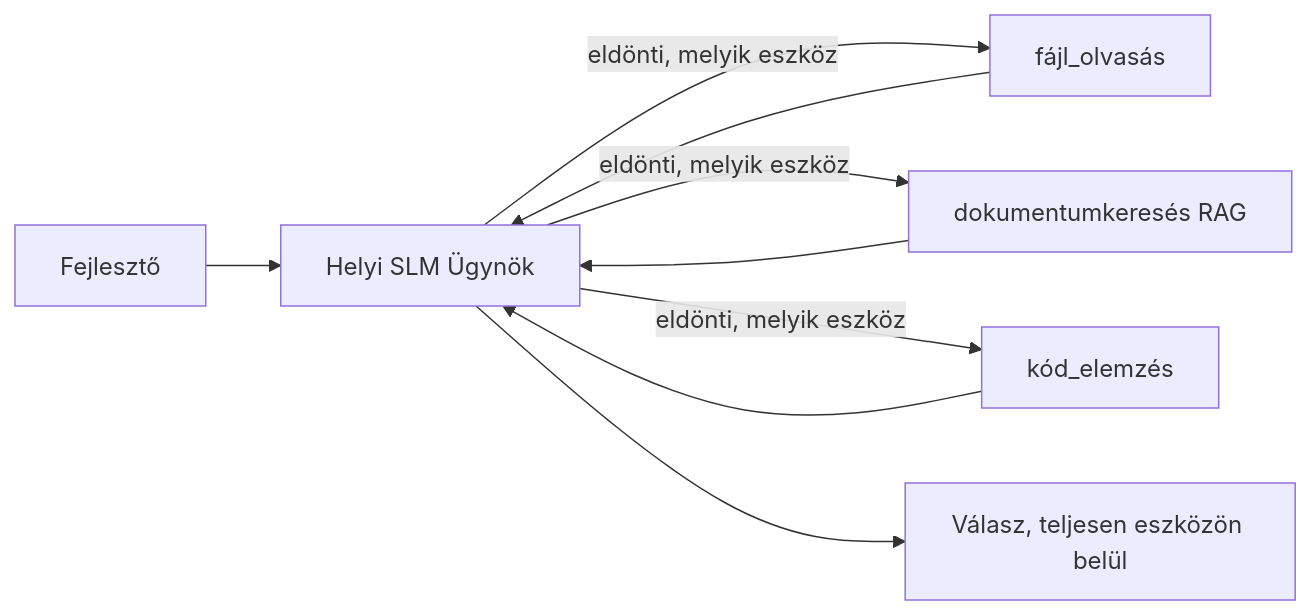
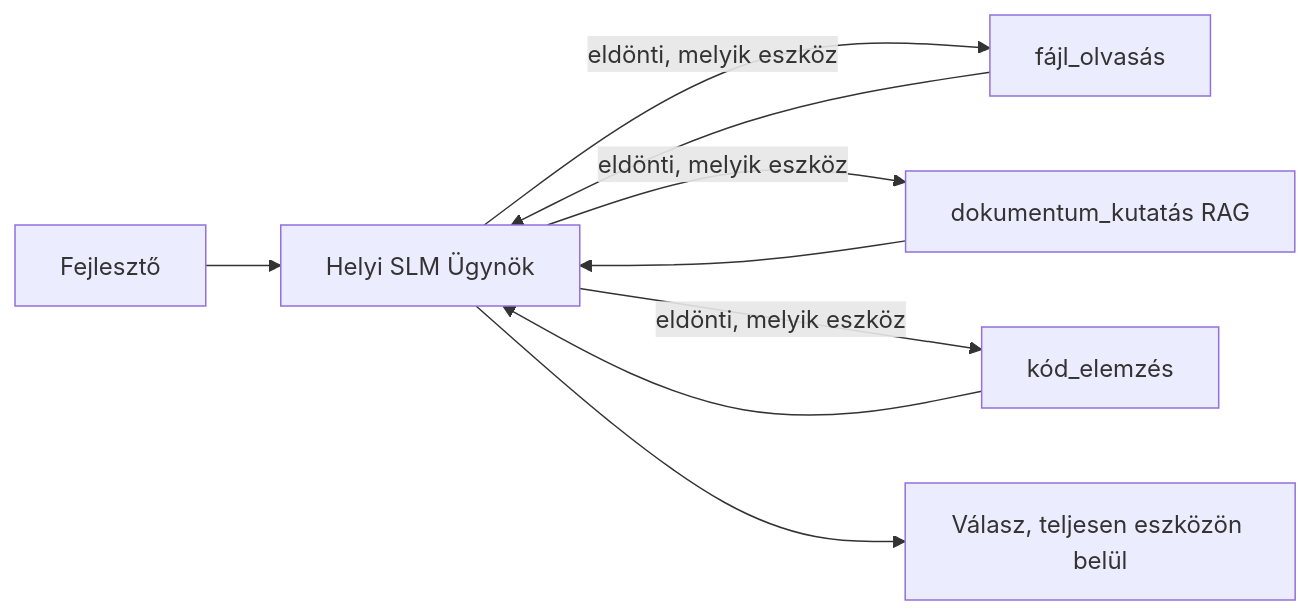
Before and after one commit to microsoft/ai-agents-for-beginners: the first of 4 diagrams in translations/hu/17-creating-local-ai-agents/README.md, drawn with Mermaid. The commit also changed other lines of this file and 47 other files, not shown here.

````diff
--- a/translations/hu/17-creating-local-ai-agents/README.md
+++ b/translations/hu/17-creating-local-ai-agents/README.md
@@ -66,11 +66,11 @@
 ```mermaid
 flowchart LR
     U[Fejlesztő] --> A[Helyi SLM Ügynök]
     A -->|eldönti, melyik eszköz| T1[fájl_olvasás]
-    A -->|eldönti, melyik eszköz| T2[dokumentumkeresés RAG]
+    A -->|eldönti, melyik eszköz| T2[dokumentum_kutatás RAG]
     A -->|eldönti, melyik eszköz| T3[kód_elemzés]
     T1 --> A
     T2 --> A
     T3 --> A
     A --> R[Válasz, teljesen eszközön belül]
 ```
````
